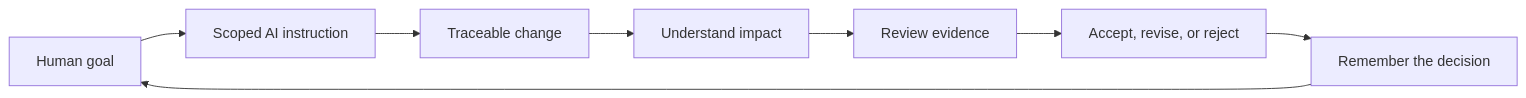
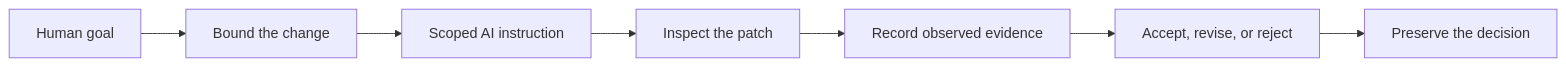
One commit to DeveloperAtlas5/DeveloperAtlas-Testpacks changed the diagram in README.md. Above: the diagram before and after it, drawn with Mermaid. The commit also changed other lines of this file and 87 other files, not shown here.

````diff
--- a/README.md
+++ b/README.md
@@ -28,10 +30,9 @@
 ```mermaid
 flowchart LR
-    Goal["Human goal"] --> Instruction["Scoped AI instruction"]
-    Instruction --> Change["Traceable change"]
-    Change --> Understand["Understand impact"]
-    Understand --> Verify["Review evidence"]
-    Verify --> Decision["Accept, revise, or reject"]
-    Decision --> Memory["Remember the decision"]
-    Memory --> Goal
+    Goal["Human goal"] --> Scope["Bound the change"]
+    Scope --> Instruction["Scoped AI instruction"]
+    Instruction --> Change["Inspect the patch"]
+    Change --> Evidence["Record observed evidence"]
+    Evidence --> Decision["Accept, revise, or reject"]
+    Decision --> Memory["Preserve the decision"]
 ```
````
